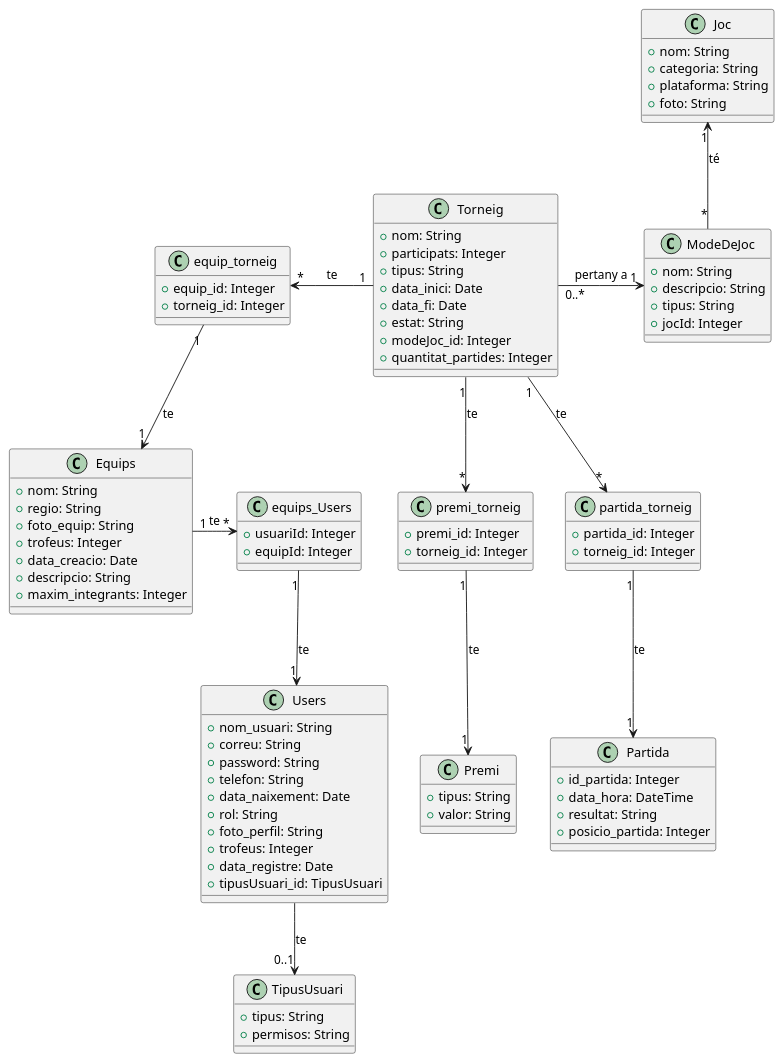
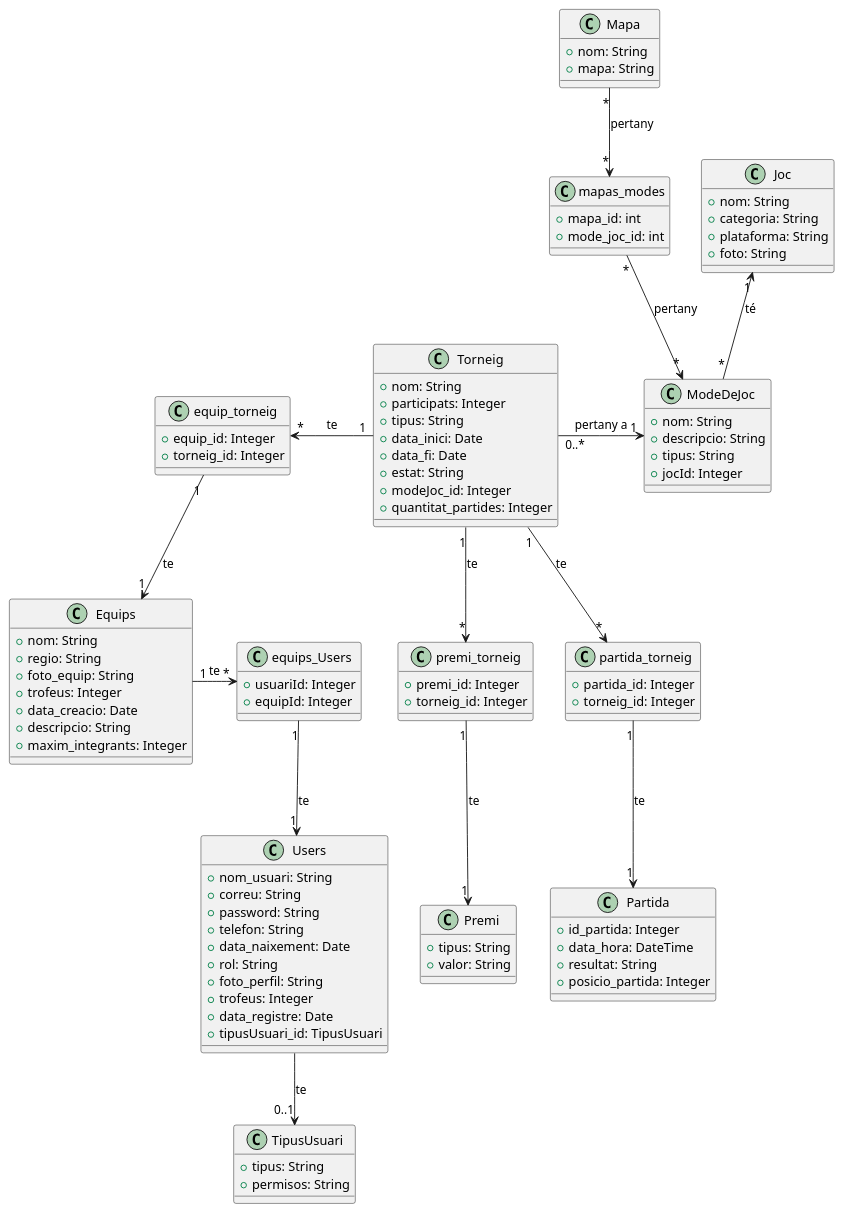
The diagram in si.puml (raularroyoguardia/tourneyMaster), drawn with PlantUML before and after one commit. The commit also changed 47 other files, not shown here.

```diff
--- a/si.puml
+++ b/si.puml
@@ -1,107 +1,119 @@
 @startuml
 
 class Users {
    +nom_usuari: String
    +correu: String
    +password: String
    +telefon: String
    +data_naixement: Date
    +rol: String
    +foto_perfil: String
    +trofeus: Integer
    +data_registre: Date
    +tipusUsuari_id: TipusUsuari
 }
 
 class TipusUsuari {
    +tipus: String
    +permisos: String
+}
+
+class Mapa {
+   +nom: String
+   +mapa: String
+}
+
+class mapas_modes {
+   +mapa_id: int
+   +mode_joc_id: int
 }
 
 class Equips {
    +nom: String
    +regio: String
    +foto_equip: String
    +trofeus: Integer
    +data_creacio: Date
    +descripcio: String
    +maxim_integrants: Integer
 }
 
 class Torneig {
    +nom: String
    +participats: Integer
    +tipus: String
    +data_inici: Date
    +data_fi: Date
    +estat: String
    +modeJoc_id: Integer
    +quantitat_partides: Integer
 }
 
 class premi_torneig {
    +premi_id: Integer
    +torneig_id: Integer
 }
 
 class partida_torneig {
    +partida_id: Integer
    +torneig_id: Integer
 }
 
 class equip_torneig {
    +equip_id: Integer
    +torneig_id: Integer
 }
 
 class equips_Users {
    +usuariId: Integer
    +equipId: Integer
 }
 
 class Joc {
    +nom: String
    +categoria: String
    +plataforma: String
    +foto: String
 }
 
 class ModeDeJoc {
    +nom: String
    +descripcio: String
    +tipus: String
    +jocId: Integer
 }
 
 class Partida {
    +id_partida: Integer
    +data_hora: DateTime
    +resultat: String
    +posicio_partida: Integer
 }
 
 class Premi {
    +tipus: String
    +valor: String
 }
 
 Users --> "0..1" TipusUsuari : te
 Torneig "0..*" -right-> "1" ModeDeJoc : pertany a
 Joc "1" <-- "*" ModeDeJoc : té
 
 Torneig "1" -left-> "*" equip_torneig : te
 equip_torneig "1" --> "1" Equips : te
 
 Equips "1" -right-> "*" equips_Users : te
 equips_Users "1" --> "1" Users : te
 
 Torneig "1" --> "*" premi_torneig : te
 premi_torneig "1" --> "1" Premi : te
 
 Torneig "1" --> "*" partida_torneig : te
 partida_torneig "1" --> "1" Partida : te
 
+Mapa "*" --> "*" mapas_modes : pertany
+mapas_modes "*" --> "*" ModeDeJoc : pertany
 
 
 
 @enduml
```
